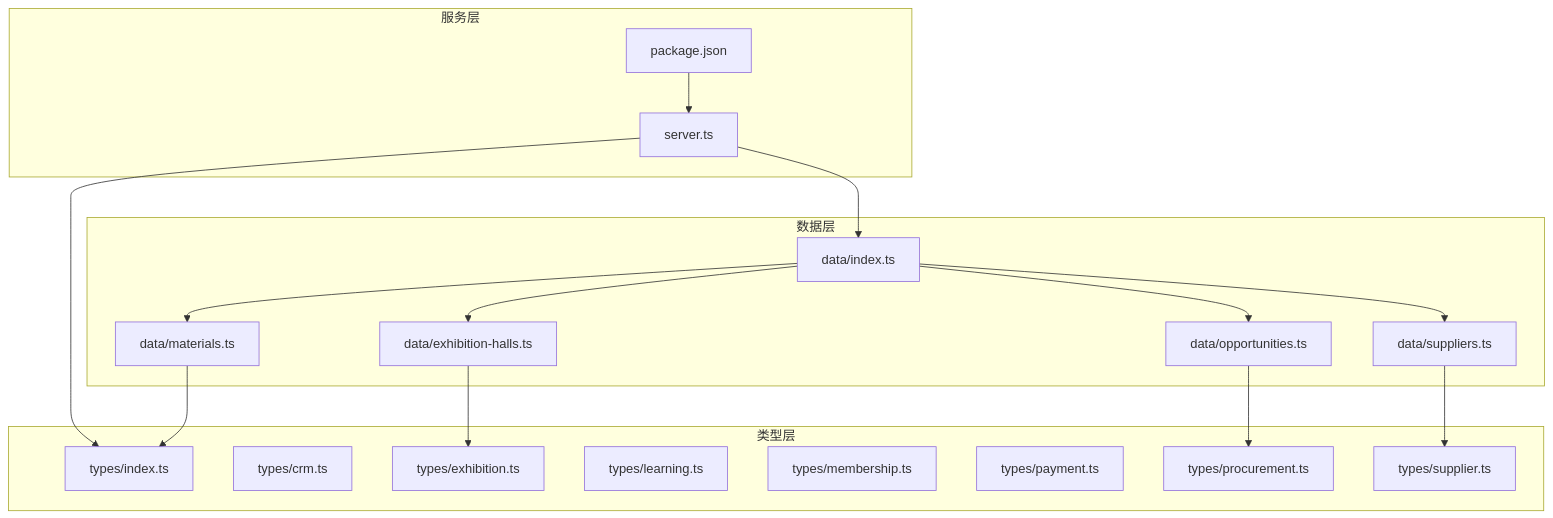
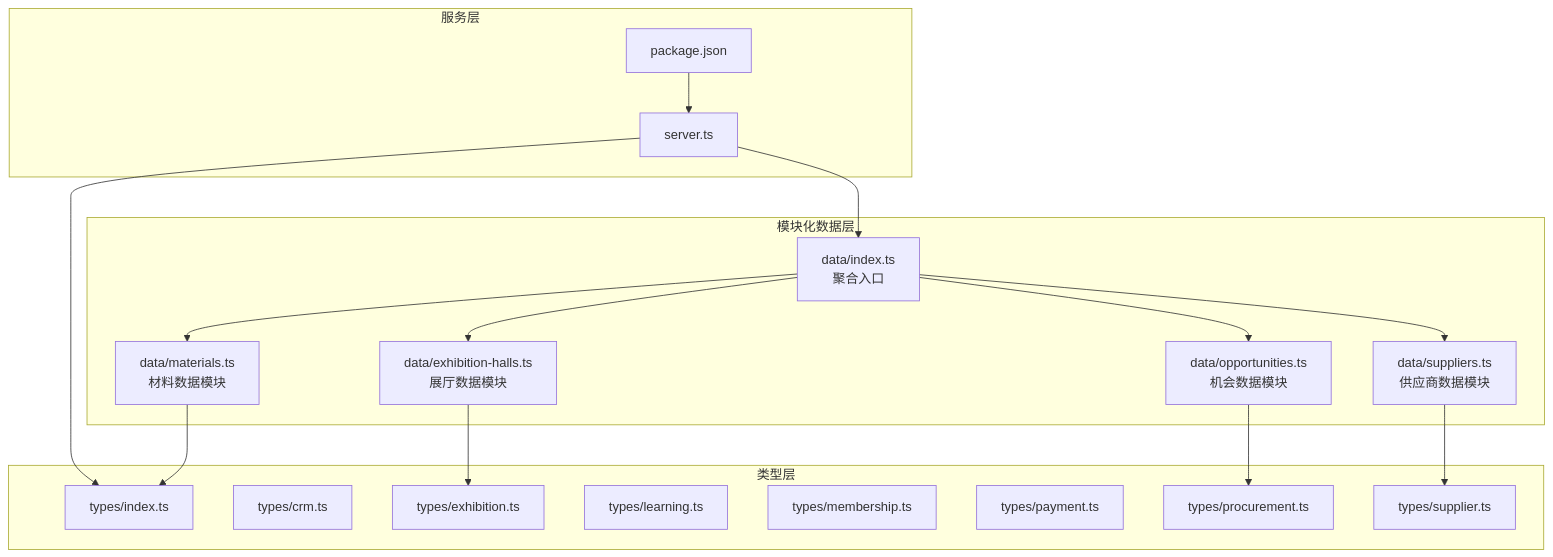
The first of 4 diagrams in .qoder/repowiki/zh/content/数据管理/数据架构设计.md (Hu-Right/supply-os), drawn with Mermaid before and after one commit. The commit also changed other lines of this file and 33 other files, not shown here.

````diff
--- a/.qoder/repowiki/zh/content/数据管理/数据架构设计.md
+++ b/.qoder/repowiki/zh/content/数据管理/数据架构设计.md
@@ -52,35 +61,35 @@
 ```mermaid
 graph TB
-subgraph "数据层"
-DIndex["data/index.ts"]
-DExhibition["data/exhibition-halls.ts"]
-DMaterials["data/materials.ts"]
-DOpp["data/opportunities.ts"]
-DSuppliers["data/suppliers.ts"]
+subgraph "模块化数据层"
+DIndex["data/index.ts<br/>聚合入口"]
+DExhibition["data/exhibition-halls.ts<br/>展厅数据模块"]
+DMaterials["data/materials.ts<br/>材料数据模块"]
+DOpp["data/opportunities.ts<br/>机会数据模块"]
+DSuppliers["data/suppliers.ts<br/>供应商数据模块"]
 end
 subgraph "类型层"
 TIndex["types/index.ts"]
 TCrm["types/crm.ts"]
 TExhibition["types/exhibition.ts"]
 TLearning["types/learning.ts"]
 TMembership["types/membership.ts"]
 TPayment["types/payment.ts"]
 TProcurement["types/procurement.ts"]
 TSupplier["types/supplier.ts"]
 end
 subgraph "服务层"
 Server["server.ts"]
 Pkg["package.json"]
 end
 DIndex --> DExhibition
 DIndex --> DMaterials
 DIndex --> DOpp
 DIndex --> DSuppliers
 DExhibition --> TExhibition
 DMaterials --> TIndex
 DOpp --> TProcurement
 DSuppliers --> TSupplier
 Server --> DIndex
 Server --> TIndex
 Pkg --> Server
 ```
````
